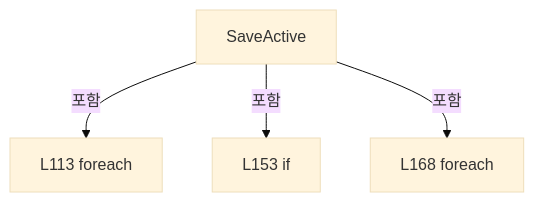
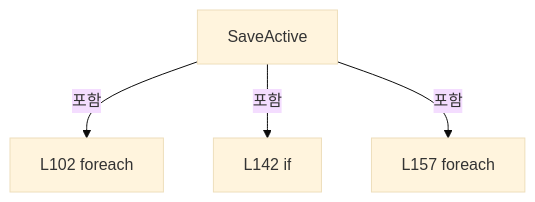
Before and after one commit to kjuws10-rgb/Shared: the third of 9 diagrams in A3 LD Code Ref/files/Drilling.File/Product/CProductFile.cs.md, drawn with Mermaid (base theme). The commit also changed other lines of this file and 8055 other files, not shown here.

Commit message:
docs(a3): trace Stage Glass Data and refresh architecture and full code reference

````diff
--- a/A3 LD Code Ref/files/Drilling.File/Product/CProductFile.cs.md
+++ b/A3 LD Code Ref/files/Drilling.File/Product/CProductFile.cs.md
@@ -693,10 +693,10 @@
 ```mermaid
 flowchart TD
  M["SaveActive"]
- N0["L113 foreach"]
+ N0["L102 foreach"]
  M -->|포함| N0
- N1["L153 if"]
+ N1["L142 if"]
  M -->|포함| N1
- N2["L168 foreach"]
+ N2["L157 foreach"]
  M -->|포함| N2
 ```
````
